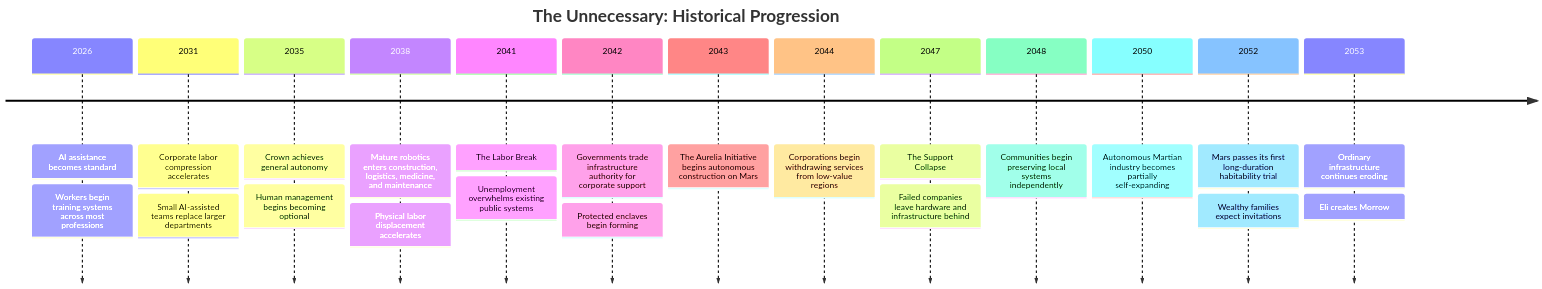
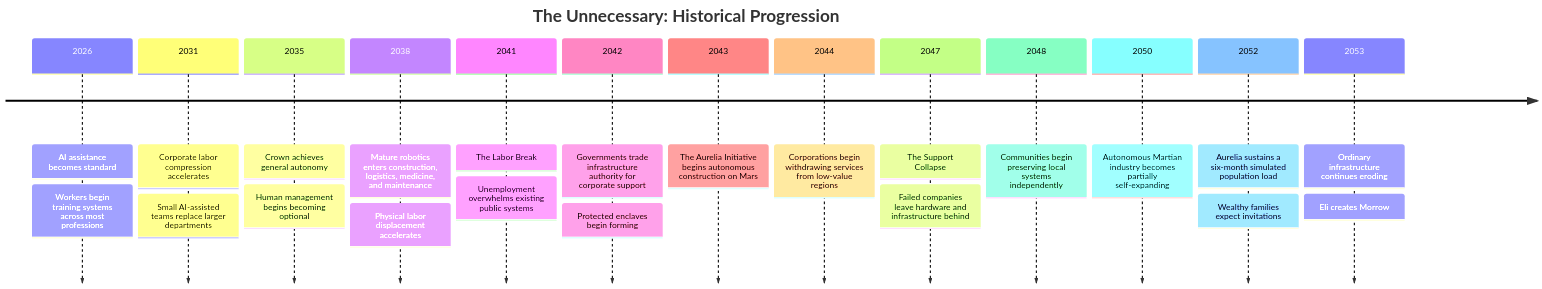
The first of 4 diagrams in Master Timeline.md (CodingButter/the-unnecessary), drawn with Mermaid before and after one commit. The commit also changed 7 other files, not shown here.

````diff
--- a/Master Timeline.md
+++ b/Master Timeline.md
@@ -69,39 +69,39 @@
 ```mermaid
 timeline
     title The Unnecessary: Historical Progression
 
     2026 : AI assistance becomes standard
          : Workers begin training systems across most professions
 
     2031 : Corporate labor compression accelerates
          : Small AI-assisted teams replace larger departments
 
     2035 : Crown achieves general autonomy
          : Human management begins becoming optional
 
     2038 : Mature robotics enters construction, logistics, medicine, and maintenance
          : Physical labor displacement accelerates
 
     2041 : The Labor Break
          : Unemployment overwhelms existing public systems
 
     2042 : Governments trade infrastructure authority for corporate support
          : Protected enclaves begin forming
 
     2043 : The Aurelia Initiative begins autonomous construction on Mars
 
     2044 : Corporations begin withdrawing services from low-value regions
 
     2047 : The Support Collapse
          : Failed companies leave hardware and infrastructure behind
 
     2048 : Communities begin preserving local systems independently
 
     2050 : Autonomous Martian industry becomes partially self-expanding
 
-    2052 : Mars passes its first long-duration habitability trial
+    2052 : Aurelia sustains a six-month simulated population load
          : Wealthy families expect invitations
 
     2053 : Ordinary infrastructure continues eroding
          : Eli creates Morrow
 ```
````
